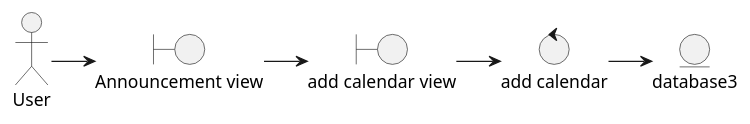
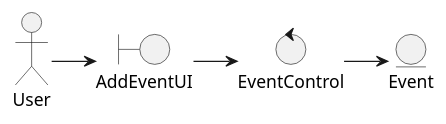
The diagram in docs/scenariosView/UC - Analysis Diagrams/uc2_2-Add_Event-Analysis.plantuml (Candrixx/Proyecto_Ing_Software_Equipo_3), drawn with PlantUML before and after one commit. The commit also changed 18 other files, not shown here.

Commit message:
Diagram Class of Analisys and Package

```diff
--- a/docs/scenariosView/UC - Analysis Diagrams/uc2_2-Add_Event-Analysis.plantuml
+++ b/docs/scenariosView/UC - Analysis Diagrams/uc2_2-Add_Event-Analysis.plantuml
@@ -1,14 +1,12 @@
 @startuml uc2_2_add_calendar
 :User: as actor
-boundary "Announcement view" as view
-boundary "add calendar view" as calendarView
-control "add calendar" as controller2
-entity database3
+boundary "AddEventUI" as addEvent
+control "EventControl" as addEventController
+entity Event
 
 'connections
 
-actor --r-> view
-view --r-> calendarView
-calendarView --r-> controller2
-controller2 --r-> database3
+actor --r-> addEvent
+addEvent --r-> addEventController
+addEventController --r-> Event
 @enduml
```
